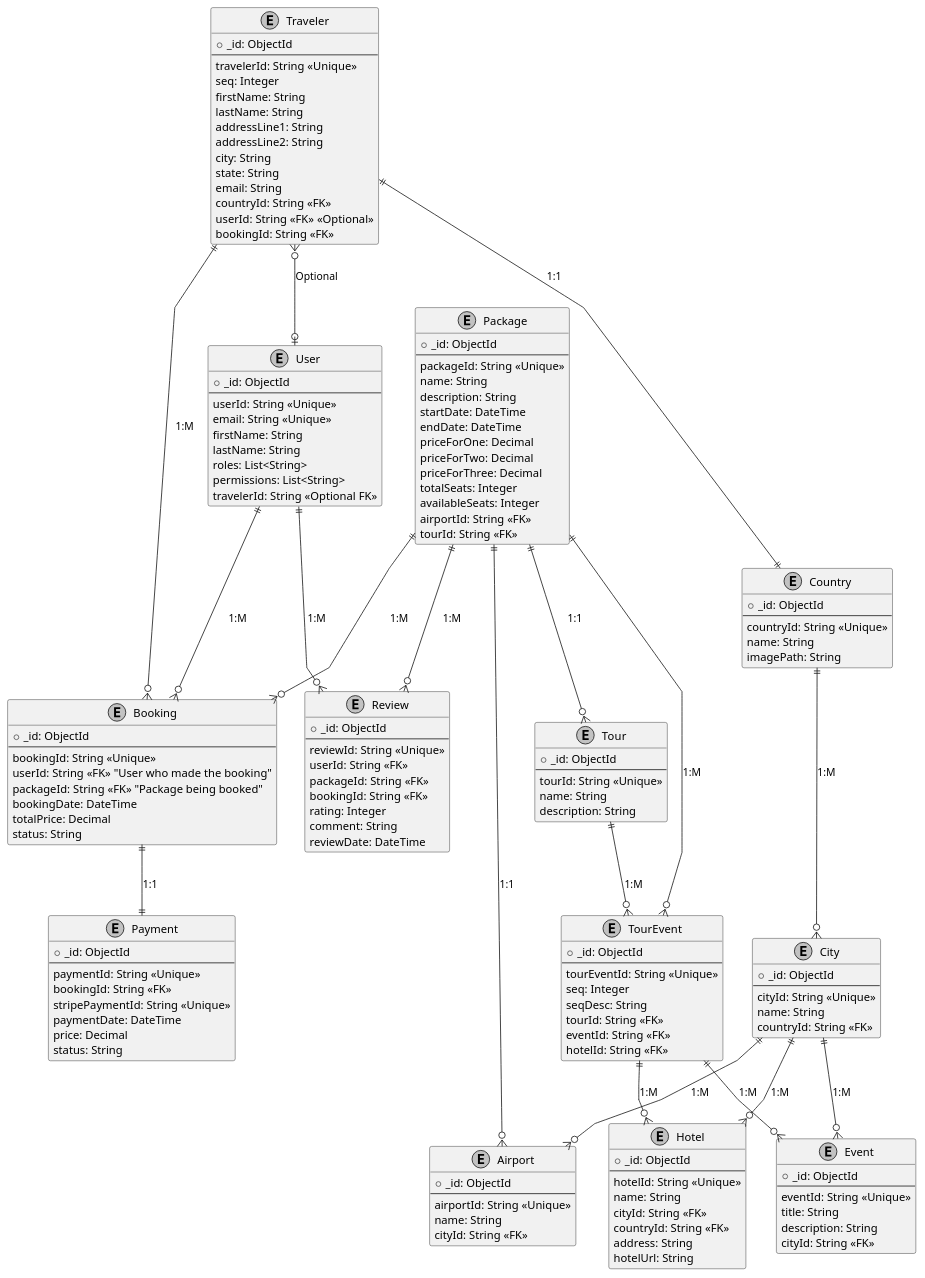
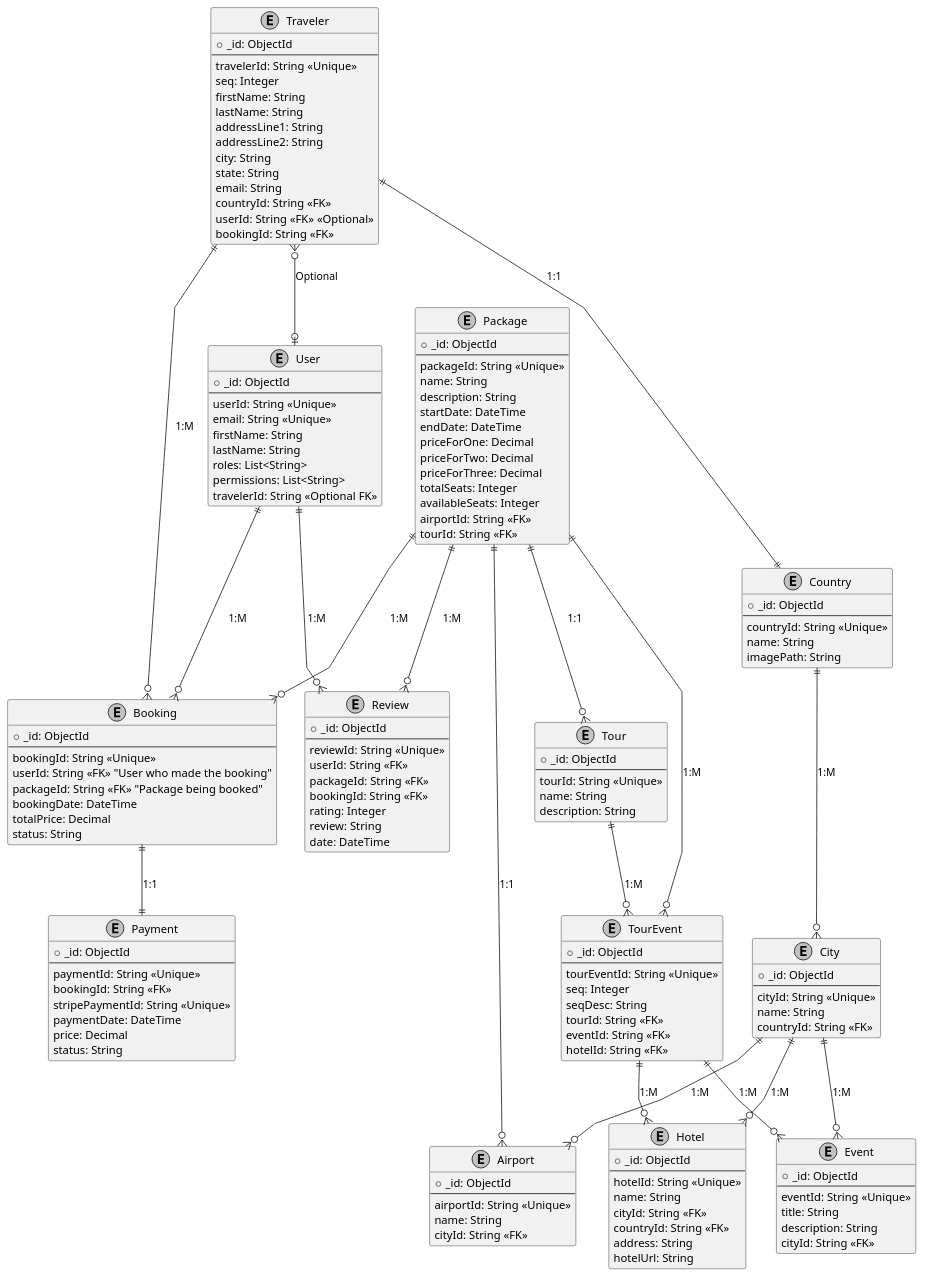
One commit to Hares-2088/TravelTrove changed the diagram in diagrams/C4_l3/C4_l3_database.puml. Above: the diagram before and after it, drawn with PlantUML. The commit also changed 12 other files, not shown here.

Commit message:
Added the tests and modified some diagrams

```diff
--- a/diagrams/C4_l3/C4_l3_database.puml
+++ b/diagrams/C4_l3/C4_l3_database.puml
@@ -1,173 +1,173 @@
 @startuml
 skinparam linetype polyline
 skinparam monochrome true
 skinparam entity {
     BackgroundColor #DDEEFF
     BorderColor #3366CC
     FontColor Black
 }
 
 ' Entities
 entity "User" as User {
     + _id: ObjectId
     --
       userId: String <<Unique>>
       email: String <<Unique>>
       firstName: String
       lastName: String
       roles: List<String>
       permissions: List<String>
       travelerId: String <<Optional FK>>
 }
 
 entity "Traveler" as Traveler {
     + _id: ObjectId
     --
     travelerId: String <<Unique>>
     seq: Integer
     firstName: String
     lastName: String
     addressLine1: String
     addressLine2: String
     city: String
     state: String
     email: String
     countryId: String <<FK>>
     userId: String <<FK>> <<Optional>>
     bookingId: String <<FK>>
 }
 
 entity "Tour" as Tour {
     + _id: ObjectId
     --
     tourId: String <<Unique>>
     name: String
     description: String
 }
 
 entity "Package" as Package {
     + _id: ObjectId
     --
     packageId: String <<Unique>>
     name: String
     description: String
     startDate: DateTime
     endDate: DateTime
     priceForOne: Decimal
     priceForTwo: Decimal
     priceForThree: Decimal
     totalSeats: Integer
     availableSeats: Integer
     airportId: String <<FK>>
     tourId: String <<FK>>
 }
 
 entity "Booking" as Booking {
     + _id: ObjectId
     --
     bookingId: String <<Unique>>
     userId: String <<FK>> "User who made the booking"
     packageId: String <<FK>> "Package being booked"
     bookingDate: DateTime
     totalPrice: Decimal
     status: String
 }
 
 entity "Payment" as Payment {
     + _id: ObjectId
     --
     paymentId: String <<Unique>>
     bookingId: String <<FK>>
     stripePaymentId: String <<Unique>>
     paymentDate: DateTime
     price: Decimal
     status: String
 }
 
 entity "Review" as Review {
     + _id: ObjectId
     --
     reviewId: String <<Unique>>
     userId: String <<FK>>
     packageId: String <<FK>>
     bookingId: String <<FK>>
     rating: Integer
-    comment: String
-    reviewDate: DateTime
+    review: String
+    date: DateTime
 }
 
 entity "Hotel" as Hotel {
     + _id: ObjectId
     --
     hotelId: String <<Unique>>
     name: String
     cityId: String <<FK>>
     countryId: String <<FK>>
     address: String
     hotelUrl: String
 }
 
 entity "Airport" as Airport {
     + _id: ObjectId
     --
     airportId: String <<Unique>>
     name: String
     cityId: String <<FK>>
 }
 
 entity "City" as City {
     + _id: ObjectId
     --
     cityId: String <<Unique>>
     name: String
     countryId: String <<FK>>
 }
 
 entity "Country" as Country {
     + _id: ObjectId
     --
     countryId: String <<Unique>>
     name: String
     imagePath: String
 }
 
 entity "Event" as Event {
     + _id: ObjectId
     --
     eventId: String <<Unique>>
     title: String
     description: String
     cityId: String <<FK>>
 }
 
 entity "TourEvent" as TourEvent {
     + _id: ObjectId
     --
     tourEventId: String <<Unique>>
     seq: Integer
     seqDesc: String
     tourId: String <<FK>>
     eventId: String <<FK>>
     hotelId: String <<FK>>
 }
 
 ' Relationships
 User ||--o{ Booking : "1:M"
 User ||--o{ Review : "1:M"
 Package ||--o{ Booking : "1:M"
 Package ||--o{ Review : "1:M"
 Package ||--o{ Tour : "1:1"
 Booking ||--|| Payment : "1:1"
 City ||--o{ Hotel : "1:M"
 City ||--o{ Airport : "1:M"
 Country ||--o{ City : "1:M"
 City ||--o{ Event : "1:M"
 Package ||--o{ Airport : "1:1"
 Package ||--o{ TourEvent : "1:M"
 TourEvent ||--o{ Event : "1:M"
 TourEvent ||--o{ Hotel : "1:M"
 Traveler ||--|| Country : "1:1"
 Traveler ||--o{ Booking : "1:M"
 Traveler }o--o| User : "Optional"
 "Tour" ||--o{ "TourEvent" : "1:M"
 @enduml
```
